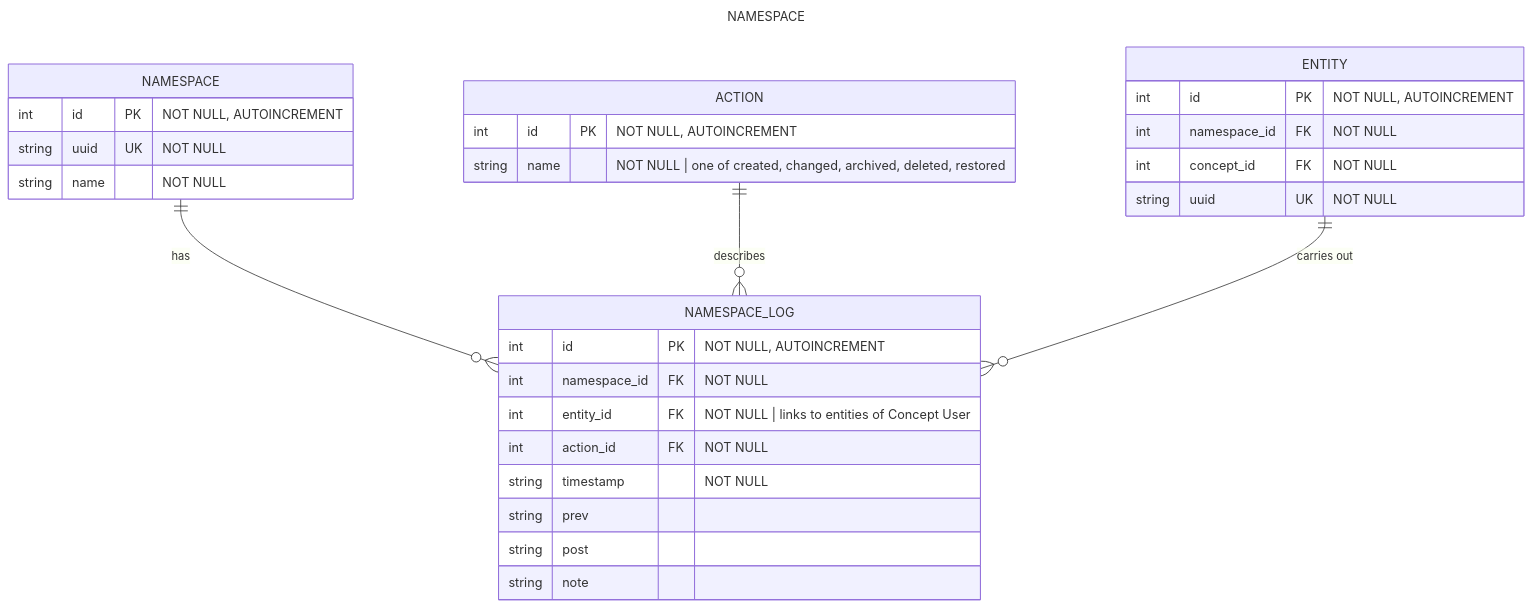
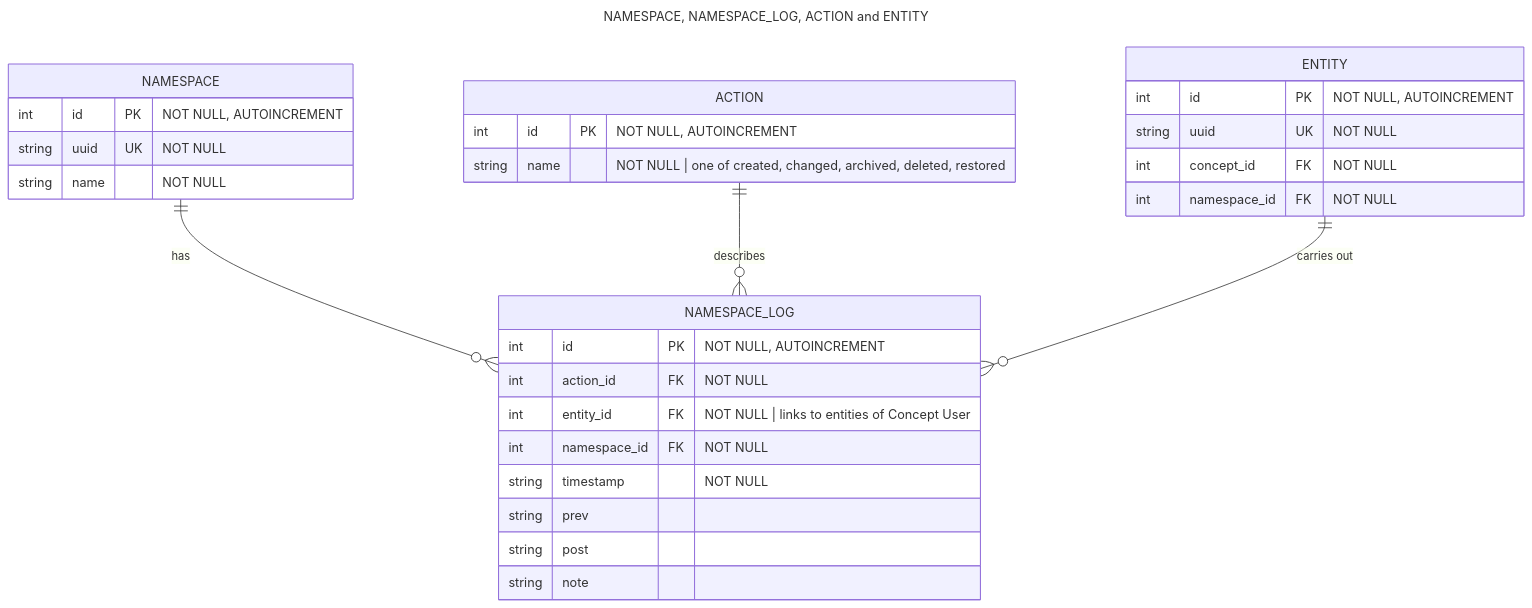
One commit to polarlabs/kodiak-diagrams changed the diagram in DATABASE-SCHEMA.md. Above: the diagram before and after it, drawn with Mermaid. The commit also changed other lines of this file, not shown here.

````diff
--- a/DATABASE-SCHEMA.md
+++ b/DATABASE-SCHEMA.md
@@ -5,34 +16,34 @@
 ```mermaid
 ---
-title: NAMESPACE
+title: NAMESPACE, NAMESPACE_LOG, ACTION and ENTITY
 ---
 erDiagram
     NAMESPACE {
         int    id   PK "NOT NULL, AUTOINCREMENT"
         string uuid UK "NOT NULL"
         string name    "NOT NULL"
     }
     NAMESPACE_LOG {
         int    id           PK "NOT NULL, AUTOINCREMENT"
+        int    action_id    FK "NOT NULL"
+        int    entity_id    FK "NOT NULL | links to entities of Concept User"
         int    namespace_id FK "NOT NULL"
-        int    entity_id    FK "NOT NULL | links to entities of Concept User"
-        int    action_id    FK "NOT NULL"
         string timestamp       "NOT NULL"
         string prev
         string post
         string note 
     }
     ACTION {
         int    id           PK "NOT NULL, AUTOINCREMENT"
         string name            "NOT NULL | one of created, changed, archived, deleted, restored"
     }
     ENTITY {
         int    id           PK "NOT NULL, AUTOINCREMENT"
+        string uuid         UK "NOT NULL"
+        int    concept_id   FK "NOT NULL"
         int    namespace_id FK "NOT NULL"
-        int    concept_id   FK "NOT NULL"
-        string uuid         UK "NOT NULL"
     }
     NAMESPACE ||--o{ NAMESPACE_LOG               : has
     ACTION    ||--o{ NAMESPACE_LOG               : describes
     ENTITY    ||--o{ NAMESPACE_LOG               : "carries out"
 ```
````
